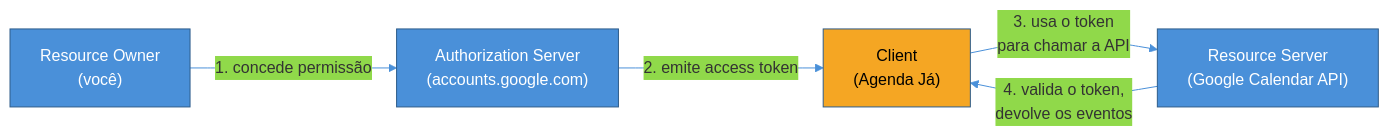
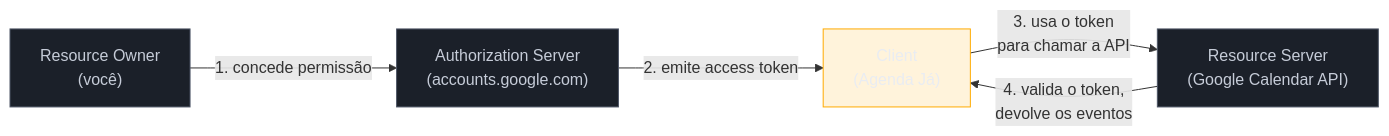
Before and after one commit to josenaldo/codex-technomanticus: the first of 2 diagrams in 03-Dominios/Engenharia/Auth e Identidade/2 - OAuth 2.1 e OpenID Connect/01 - OAuth — o problema da delegação.md, drawn with Mermaid. The commit also changed other lines of this file and 1181 other files, not shown here.

First line of the commit message:
fix(diagramas): paleta do sistema no lugar de cor cravada no markdown

````diff
--- a/03-Dominios/Engenharia/Auth e Identidade/2 - OAuth 2.1 e OpenID Connect/01 - OAuth — o problema da delegação.md
+++ b/03-Dominios/Engenharia/Auth e Identidade/2 - OAuth 2.1 e OpenID Connect/01 - OAuth — o problema da delegação.md
@@ -57,18 +57,19 @@
 ```mermaid
-%%{init: {"theme": "base", "themeVariables": {"primaryColor": "#4A90D9", "primaryBorderColor": "#2E5C8A", "lineColor": "#4A90D9"}}}%%
 graph LR
+    classDef neutro fill:#1B2029,stroke:#4E5666,color:#C6CCD8
+    classDef destaque fill:#FFAA0024,stroke:#FFAA00,color:#E9ECF2
     RO["Resource Owner<br/>(você)"]
     C["Client<br/>(Agenda Já)"]
     AS["Authorization Server<br/>(accounts.google.com)"]
     RS["Resource Server<br/>(Google Calendar API)"]
 
     RO -->|"1. concede permissão"| AS
     AS -->|"2. emite access token"| C
     C -->|"3. usa o token<br/>para chamar a API"| RS
     RS -->|"4. valida o token,<br/>devolve os eventos"| C
 
-    style RO fill:#4A90D9,color:#fff
-    style C fill:#F5A623,color:#000
-    style AS fill:#4A90D9,color:#fff
-    style RS fill:#4A90D9,color:#fff
+    class RO neutro
+    class C destaque
+    class AS neutro
+    class RS neutro
 ```
````
